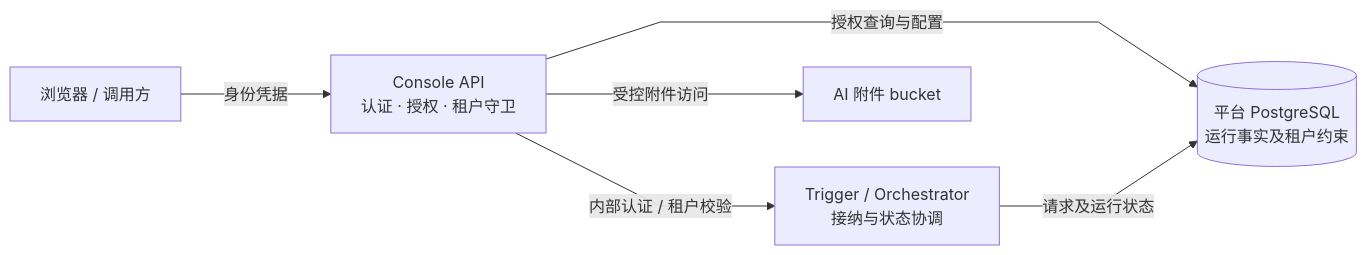
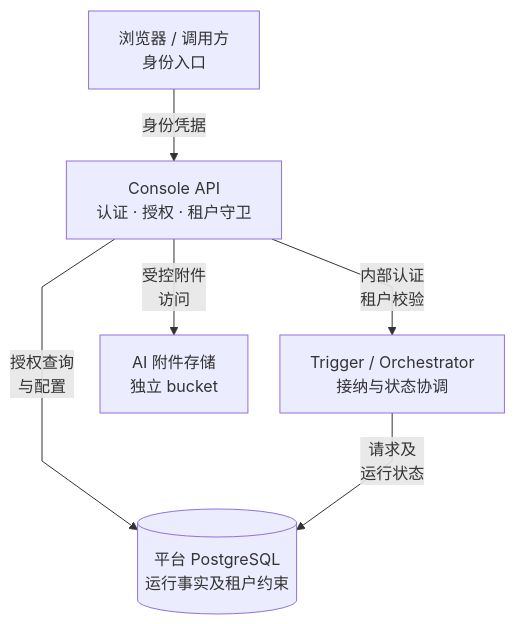
Before and after one commit to pinpols/file-batch-system: the first of 2 diagrams in docs/architecture/security-model.md, drawn with Mermaid. The commit also changed other lines of this file and 3 other files, not shown here.

Commit message:
docs: align architecture diagram presentation

````diff
--- a/docs/architecture/security-model.md
+++ b/docs/architecture/security-model.md
@@ -35,9 +35,9 @@
 ```mermaid
-%%{init: {"flowchart":{"curve":"linear","nodeSpacing":46,"rankSpacing":86}}}%%
-flowchart LR
-  U["浏览器 / 调用方"] -->|"身份凭据"| C["Console API<br/>认证 · 授权 · 租户守卫"]
-  C -->|"内部认证 / 租户校验"| O["Trigger / Orchestrator<br/>接纳与状态协调"]
-  C -->|"授权查询与配置"| PG[("平台 PostgreSQL<br/>运行事实及租户约束")]
-  O -->|"请求及运行状态"| PG
-  C -->|"受控附件访问"| AI["AI 附件 bucket"]
+%%{init: {"flowchart":{"curve":"linear","nodeSpacing":32,"rankSpacing":48},"sequence":{"mirrorActors":false}}}%%
+flowchart TB
+  U["浏览器 / 调用方<br/>身份入口"] -->|"身份凭据"| C["Console API<br/>认证 · 授权 · 租户守卫"]
+  C -->|"内部认证<br/>租户校验"| O["Trigger / Orchestrator<br/>接纳与状态协调"]
+  C -->|"授权查询<br/>与配置"| PG[("平台 PostgreSQL<br/>运行事实及租户约束")]
+  O -->|"请求及<br/>运行状态"| PG
+  C -->|"受控附件<br/>访问"| AI["AI 附件存储<br/>独立 bucket"]
 ```
````
